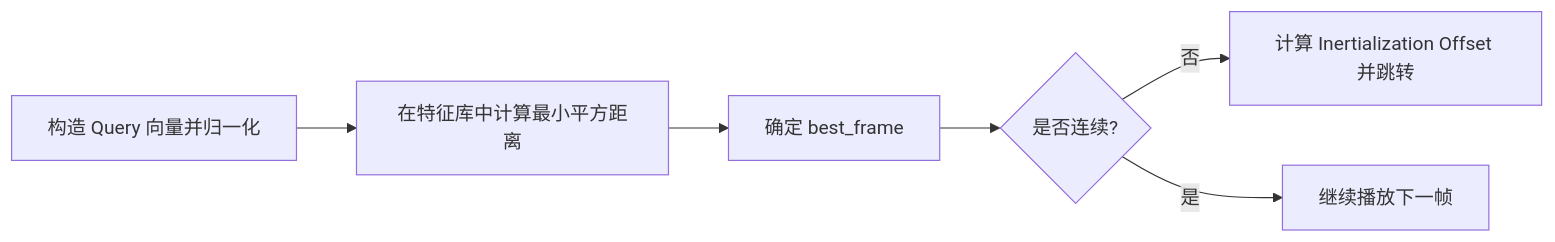
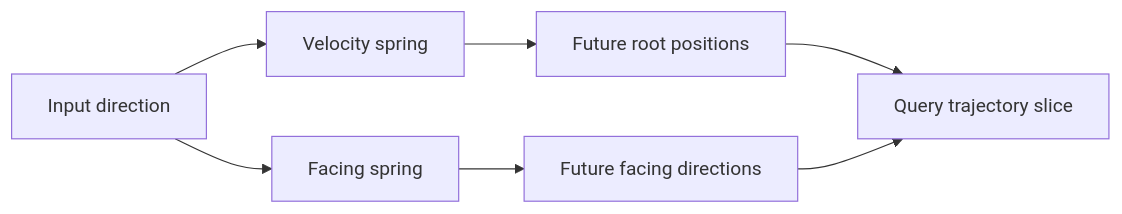
Before and after one commit to EvihGraphics/AnimationTech-HTC: the third of 3 diagrams in docs/blog/AnimationPapers/motion_matching/README.md, drawn with Mermaid. The commit also changed other lines of this file and 25 other files, not shown here.

````diff
--- a/docs/blog/AnimationPapers/motion_matching/README.md
+++ b/docs/blog/AnimationPapers/motion_matching/README.md
@@ -240,8 +128,9 @@
 ```mermaid
 flowchart LR
-    A[构造 Query 向量并归一化] --> B[在特征库中计算最小平方距离]
-    B --> C[确定 best_frame]
-    C --> D{是否连续?}
-    D -- 否 --> E[计算 Inertialization Offset 并跳转]
-    D -- 是 --> F[继续播放下一帧]
+    A[Input direction] --> B[Velocity spring]
+    A --> C[Facing spring]
+    B --> D[Future root positions]
+    C --> E[Future facing directions]
+    D --> F[Query trajectory slice]
+    E --> F
 ```
````
